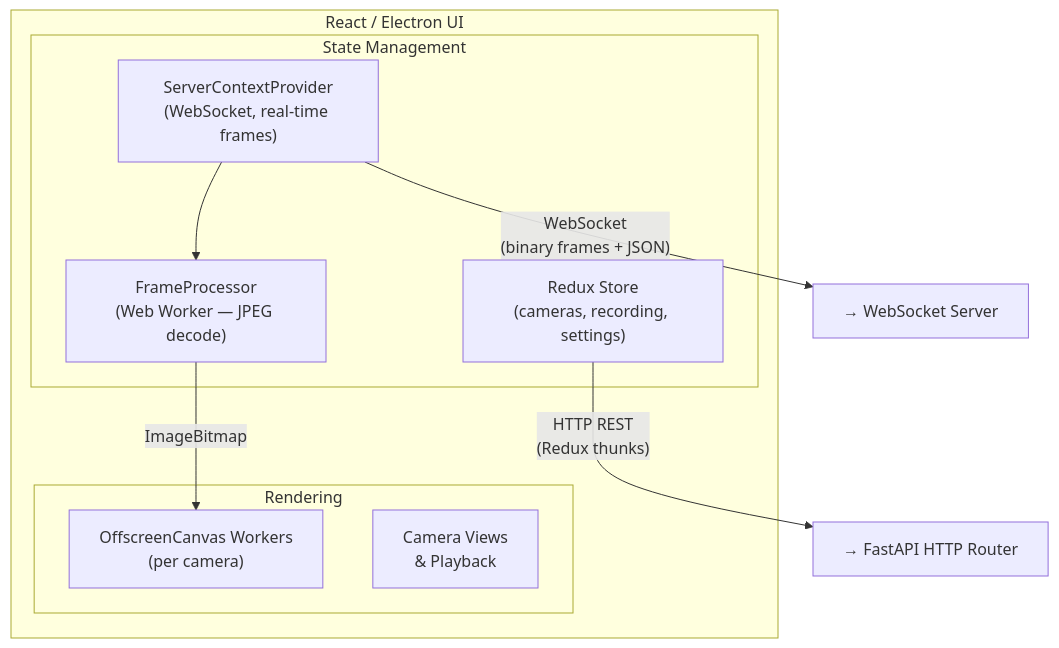
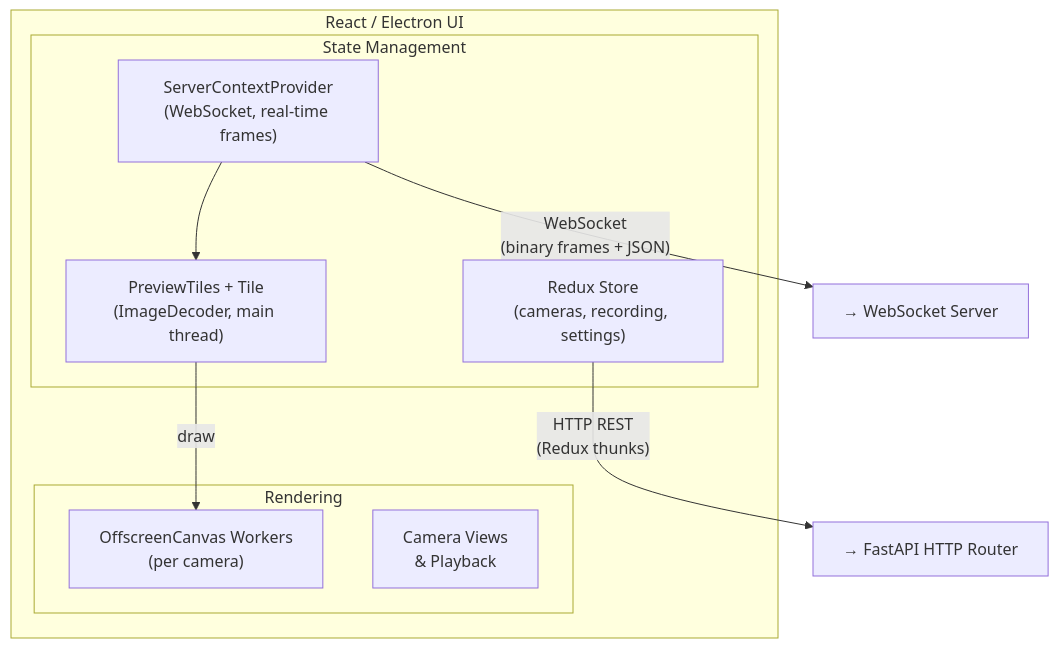
Before and after one commit to domisjustanumber/skellycam: the first of 3 diagrams in skellycam-docs/docs/technical/architecture.mdx, drawn with Mermaid. The commit also changed other lines of this file and 12 other files, not shown here.

````diff
--- a/skellycam-docs/docs/technical/architecture.mdx
+++ b/skellycam-docs/docs/technical/architecture.mdx
@@ -31,20 +31,20 @@
 ```mermaid
 graph TB
     subgraph UI ["React / Electron UI"]
         subgraph Rendering ["Rendering"]
             Canvas["OffscreenCanvas Workers\n(per camera)"]
             Views["Camera Views\n& Playback"]
         end
 
         subgraph State ["State Management"]
             Redux["Redux Store\n(cameras, recording, settings)"]
             SCP["ServerContextProvider\n(WebSocket, real-time frames)"]
-            FP["FrameProcessor\n(Web Worker — JPEG decode)"]
+            FP["PreviewTiles + Tile\n(ImageDecoder, main thread)"]
         end
     end
 
     Redux -- "HTTP REST\n(Redux thunks)" --> HTTP_target["→ FastAPI HTTP Router"]
     SCP -- "WebSocket\n(binary frames + JSON)" --> WS_target["→ WebSocket Server"]
     SCP --> FP
-    FP -- "ImageBitmap" --> Canvas
+    FP -- "draw" --> Canvas
 ```
````
